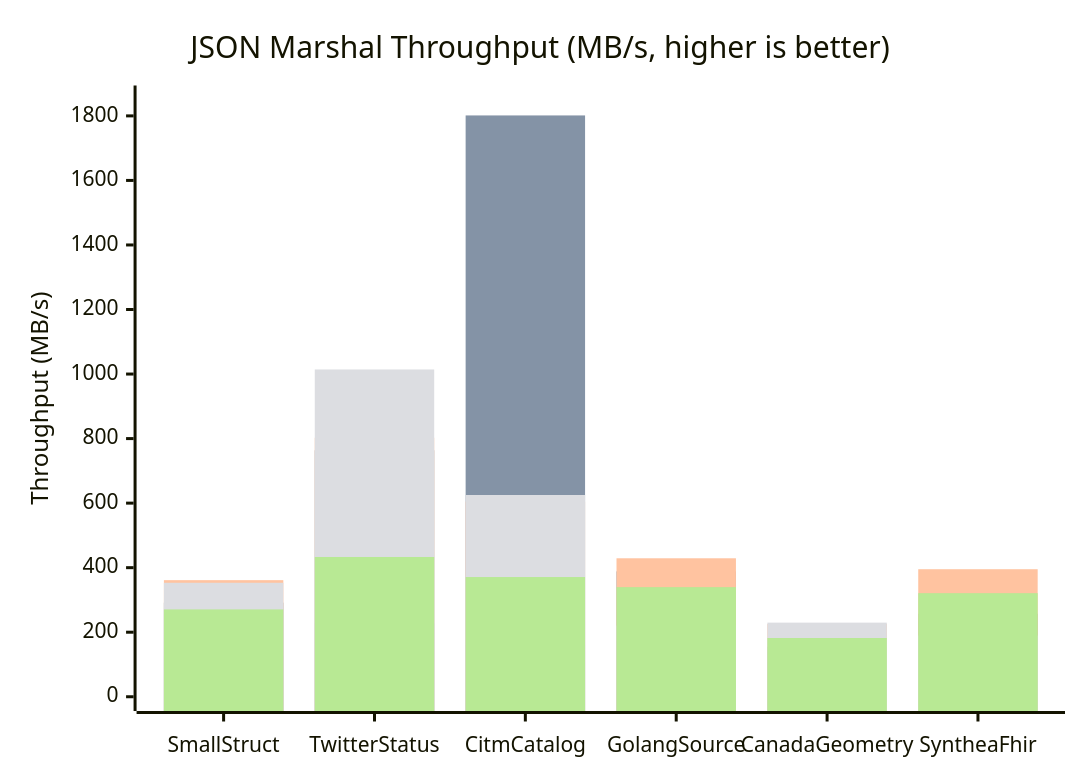
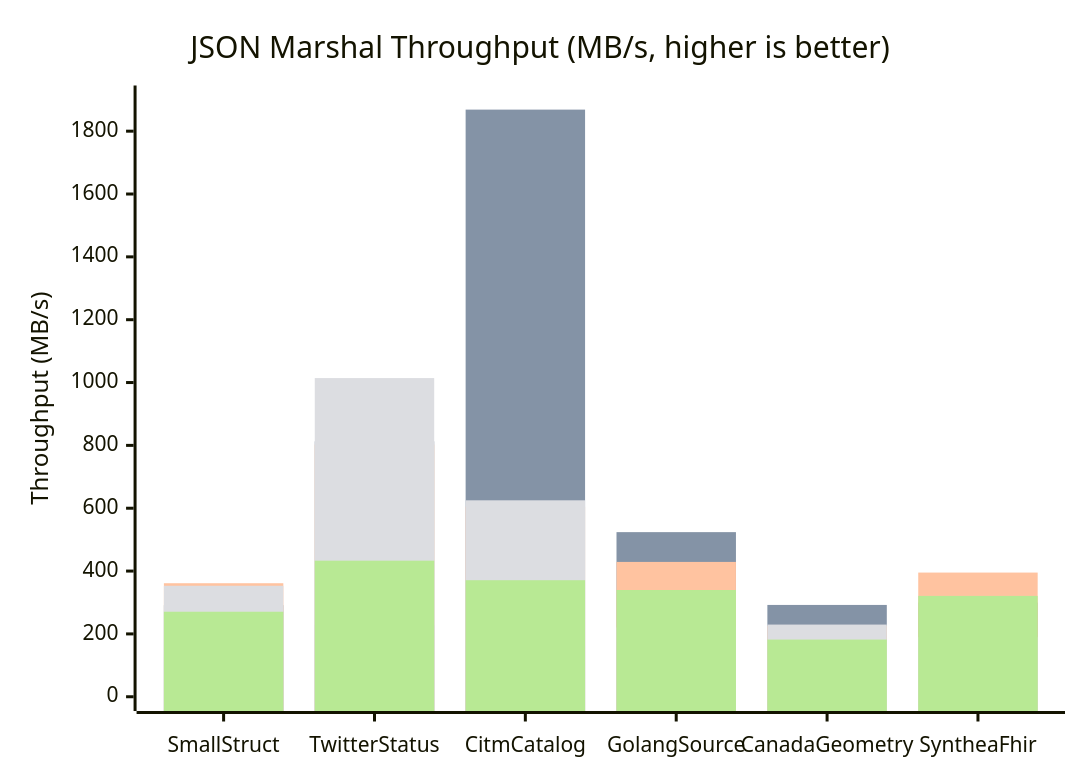
Before and after one commit to 404Setup/go: diagram 17 of 17 in README.md, drawn with Mermaid. The commit also changed other lines of this file and 10 other files, not shown here.

````diff
--- a/README.md
+++ b/README.md
@@ -444,11 +445,11 @@
 ```mermaid
 xychart-beta
     title "JSON Marshal Throughput (MB/s, higher is better)"
     x-axis ["SmallStruct", "TwitterStatus", "CitmCatalog", "GolangSource", "CanadaGeometry", "SyntheaFhir"]
-    y-axis "Throughput (MB/s)" 0 --> 1850
+    y-axis "Throughput (MB/s)" 0 --> 1900
     bar [127.2, 228.1, 161.2, 173.0, 130.5, 143.7]
-    bar [291.6, 763.7, 1801.4, 388.6, 154.9, 257.2]
+    bar [291.6, 812.9, 1868.6, 523.9, 292.2, 299.7]
     bar [361.3, 802.6, 604.7, 429.1, 225.3, 395.2]
     bar [353.2, 1014.2, 625.2, 220.7, 229.7, 189.7]
     bar [270.6, 433.1, 370.9, 339.7, 182.0, 321.0]
 ```
````
